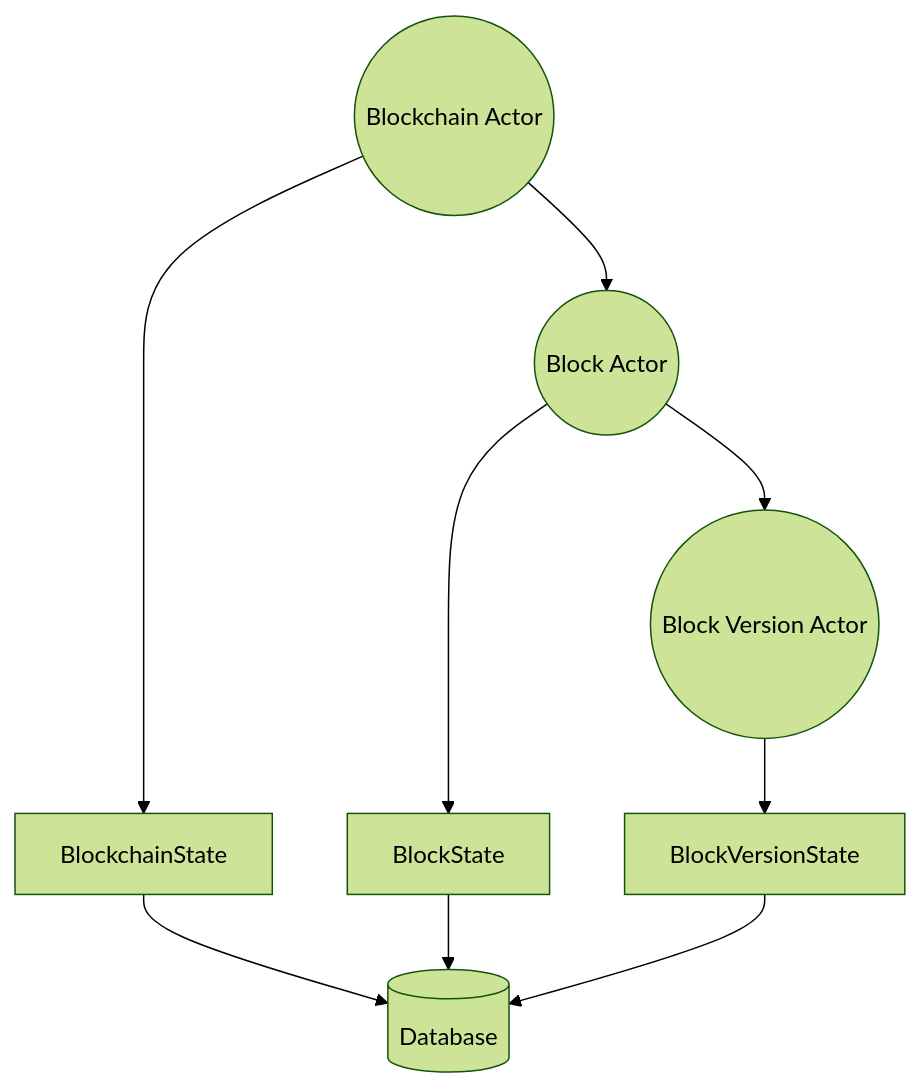
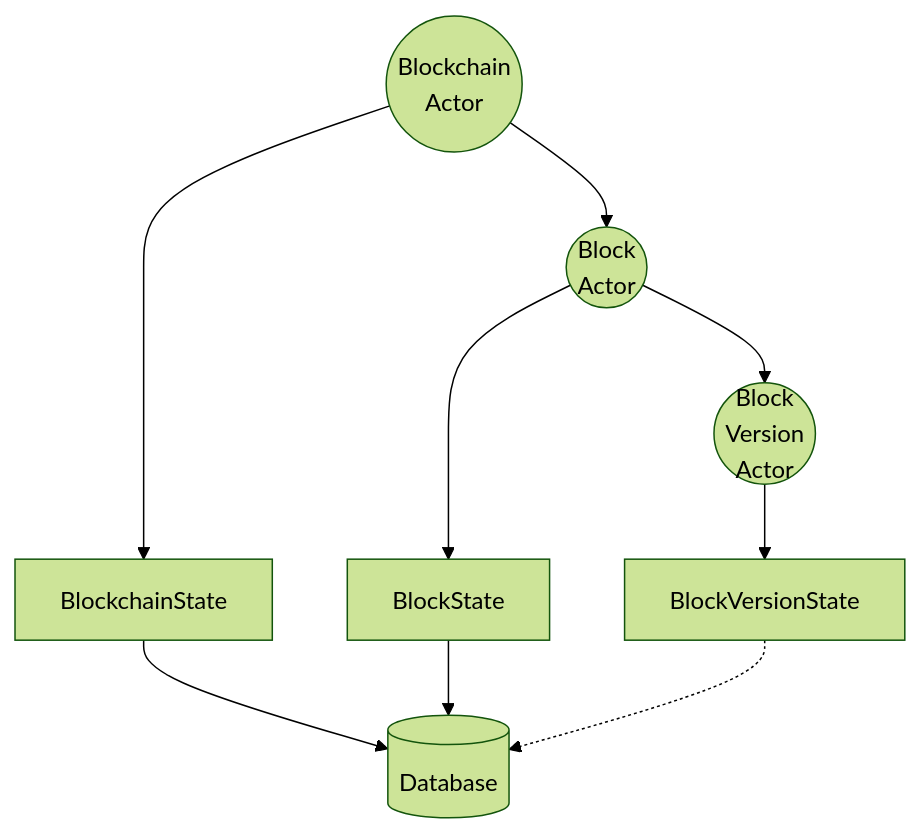
One commit to asynkron/protoactor-website changed the second of 3 diagrams in hugo/content/docs/mermaid.md. Above: the diagram before and after it, drawn with Mermaid (forest theme). The commit also changed other lines of this file and 3 other files, not shown here.

````diff
--- a/hugo/content/docs/mermaid.md
+++ b/hugo/content/docs/mermaid.md
@@ -19,15 +19,15 @@
 ```mermaid
   graph TD;
       DB[(Database)]
-      BlockchainActor((Blockchain Actor))
-      BlockActor((Block Actor))
-      BlockVersionActor((Block Version Actor))
+      BlockchainActor((Blockchain<br/>Actor))
+      BlockActor((Block<br/>Actor))
+      BlockVersionActor((Block<br/>Version<br/>Actor))
       BlockchainActor-->BlockchainState
       BlockchainActor-->BlockActor
       BlockActor-->BlockState
       BlockActor-->BlockVersionActor
       BlockVersionActor-->BlockVersionState
       BlockchainState-->DB
       BlockState-->DB
-      BlockVersionState-->DB
+      BlockVersionState-.->DB
 ```
````
